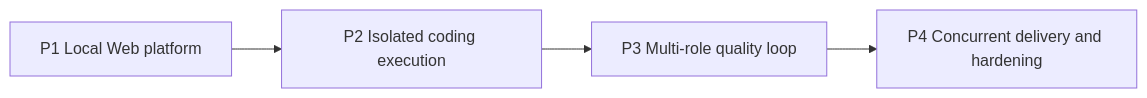
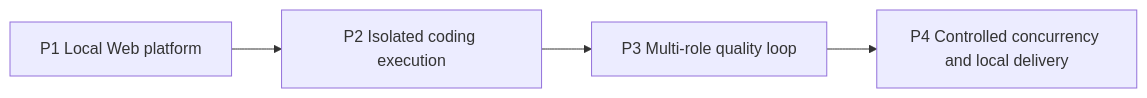
Before and after one commit to taoistwar/ngy-coding-agent: the second of 2 diagrams in docs/superpowers/specs/2026-07-14-coding-agent-product-roadmap-design.md, drawn with Mermaid. The commit also changed other lines of this file and 9 other files, not shown here.

````diff
--- a/docs/superpowers/specs/2026-07-14-coding-agent-product-roadmap-design.md
+++ b/docs/superpowers/specs/2026-07-14-coding-agent-product-roadmap-design.md
@@ -141,6 +141,6 @@
 ```mermaid
 flowchart LR
     P1["P1 Local Web platform"] --> P2["P2 Isolated coding execution"]
     P2 --> P3["P3 Multi-role quality loop"]
-    P3 --> P4["P4 Concurrent delivery and hardening"]
+    P3 --> P4["P4 Controlled concurrency and local delivery"]
 ```
````
